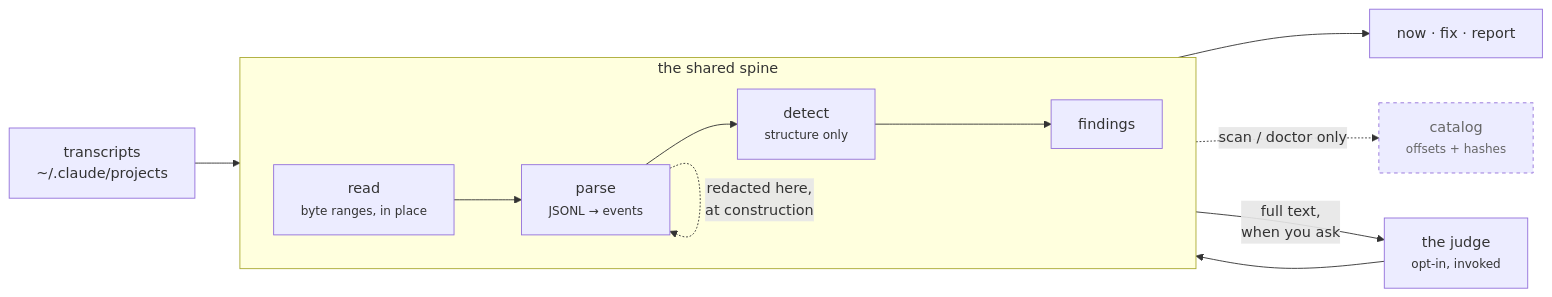
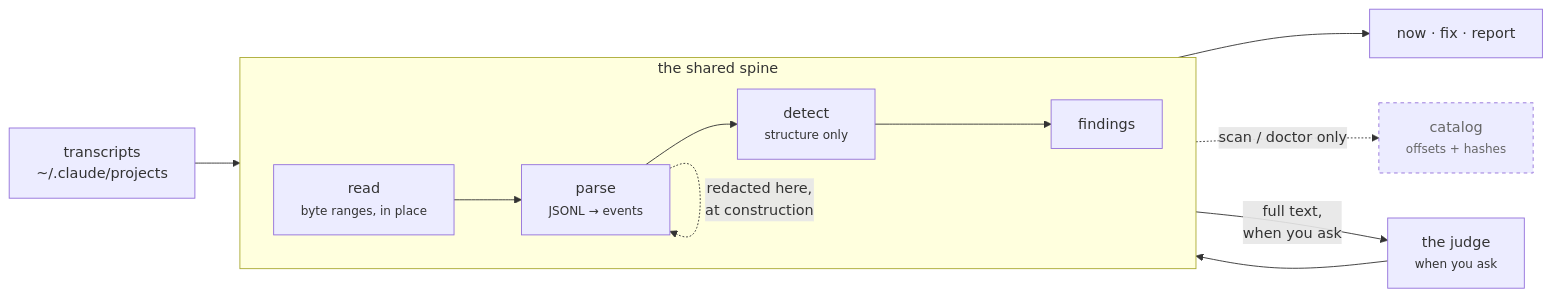
The diagram in site/src/diagrams/pipeline.mmd (vibesenpai/vibesenpai), drawn with Mermaid before and after one commit. The commit also changed 16 other files, not shown here.

```diff
--- a/site/src/diagrams/pipeline.mmd
+++ b/site/src/diagrams/pipeline.mmd
@@ -1,25 +1,25 @@
 flowchart LR
   T["transcripts<br/>~/.claude/projects"]
 
   subgraph spine["the shared spine"]
     direction LR
     R["read<br/><small>byte ranges, in place</small>"]
     P["parse<br/><small>JSONL → events</small>"]
     D["detect<br/><small>structure only</small>"]
     F["findings"]
   end
 
   T --> R --> P --> D --> F
   F --> OUT["now · fix · report"]
 
   P -. "redacted here,<br/>at construction" .-> P
 
   C["catalog<br/><small>offsets + hashes</small>"]
   R -. "scan / doctor only" .-> C
 
-  J["the judge<br/><small>opt-in, invoked</small>"]
+  J["the judge<br/><small>when you ask</small>"]
   P -- "full text,<br/>when you ask" --> J
   J --> F
 
   classDef side stroke-dasharray:4 4,color:#666
   class C side
```
